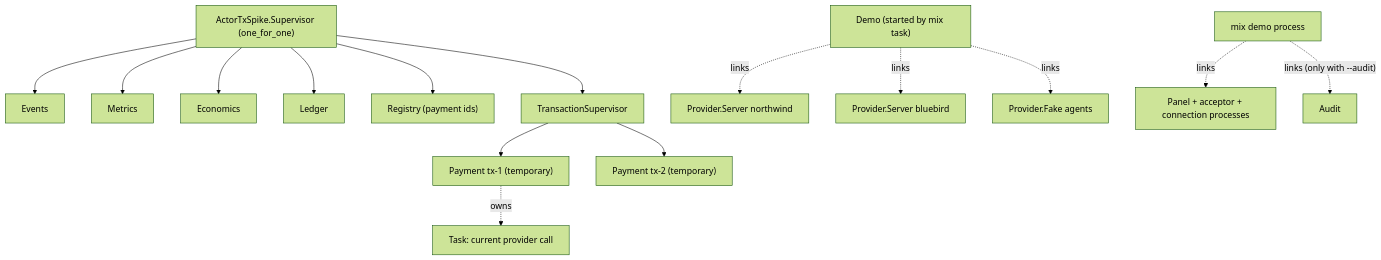
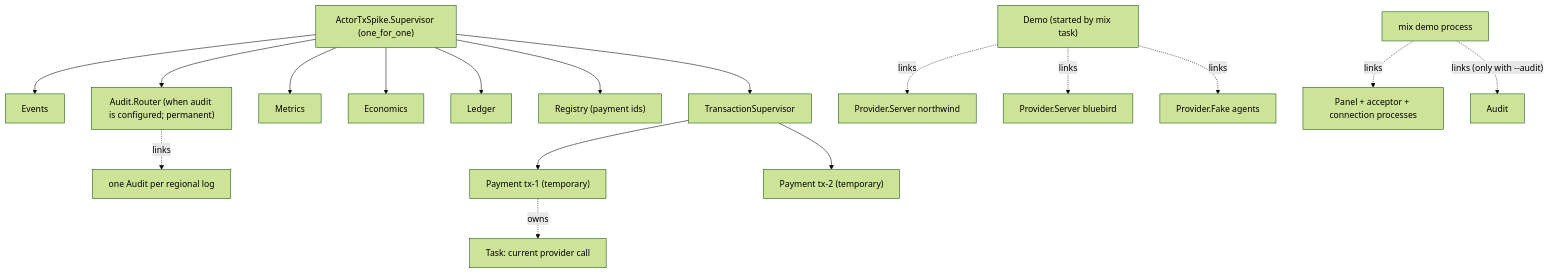
Before and after one commit to robbrown-net/actor-tx-spike: the second of 3 diagrams in docs/architecture/05-system-structure.md, drawn with Mermaid (forest theme). The commit also changed other lines of this file and 19 other files, not shown here.

First line of the commit message:
feat: supervised audit router, require_audit in production, router rebuilds routing after restart

````diff
--- a/docs/architecture/05-system-structure.md
+++ b/docs/architecture/05-system-structure.md
@@ -94,20 +94,22 @@
 ```mermaid
 flowchart TD
     APP["ActorTxSpike.Supervisor (one_for_one)"]
     APP --> EVS["Events"]
+    APP --> RTR["Audit.Router (when audit is configured; permanent)"]
+    RTR -. links .-> LOGS["one Audit per regional log"]
     APP --> MET["Metrics"]
     APP --> ECON["Economics"]
     APP --> LED["Ledger"]
     APP --> REG["Registry (payment ids)"]
     APP --> TSUP["TransactionSupervisor"]
     TSUP --> P1["Payment tx-1 (temporary)"]
     TSUP --> P2["Payment tx-2 (temporary)"]
     P1 -. owns .-> T1["Task: current provider call"]
 
     DEMO["Demo (started by mix task)"]
     DEMO -. links .-> PS1["Provider.Server northwind"]
     DEMO -. links .-> PS2["Provider.Server bluebird"]
     DEMO -. links .-> F1["Provider.Fake agents"]
     MT["mix demo process"] -. links .-> PANEL["Panel + acceptor + connection processes"]
     MT -. "links (only with --audit)" .-> AUDIT["Audit"]
 ```
````
